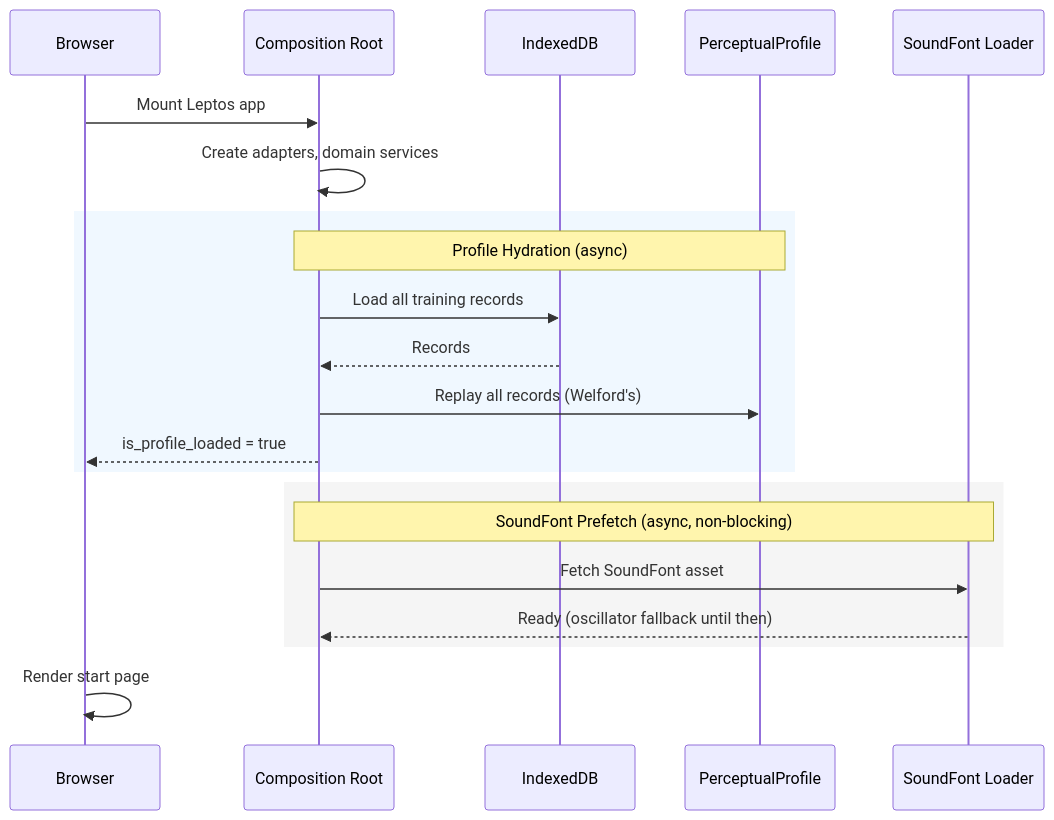
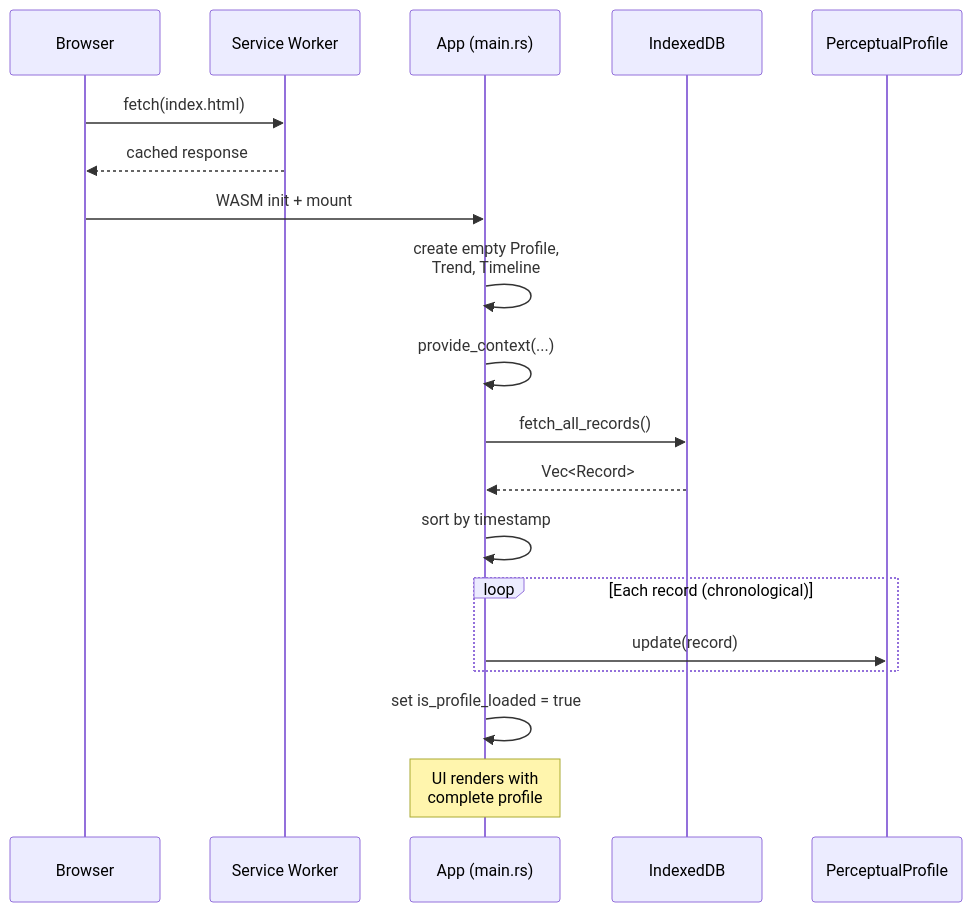
Before and after one commit to mschuerig/peach-web: the ninth of 10 diagrams in docs/arc42-architecture.md, drawn with Mermaid. The commit also changed other lines of this file, not shown here.

````diff
--- a/docs/arc42-architecture.md
+++ b/docs/arc42-architecture.md
@@ -278,27 +341,22 @@
 ```mermaid
 sequenceDiagram
-    participant Browser
-    participant Main as Composition Root
+    participant B as Browser
+    participant SW as Service Worker
+    participant A as App (main.rs)
     participant IDB as IndexedDB
-    participant Profile as PerceptualProfile
-    participant SF as SoundFont Loader
+    participant P as PerceptualProfile
 
-    Browser->>Main: Mount Leptos app
-    Main->>Main: Create adapters, domain services
-
-    rect rgb(240, 248, 255)
-        Note over Main,Profile: Profile Hydration (async)
-        Main->>IDB: Load all training records
-        IDB-->>Main: Records
-        Main->>Profile: Replay all records (Welford's)
-        Main-->>Browser: is_profile_loaded = true
+    B->>SW: fetch(index.html)
+    SW-->>B: cached response
+    B->>A: WASM init + mount
+    A->>A: create empty Profile,<br/>Trend, Timeline
+    A->>A: provide_context(...)
+    A->>IDB: fetch_all_records()
+    IDB-->>A: Vec<Record>
+    A->>A: sort by timestamp
+    loop Each record (chronological)
+        A->>P: update(record)
     end
-
-    rect rgb(245, 245, 245)
-        Note over Main,SF: SoundFont Prefetch (async, non-blocking)
-        Main->>SF: Fetch SoundFont asset
-        SF-->>Main: Ready (oscillator fallback until then)
-    end
-
-    Browser->>Browser: Render start page
+    A->>A: set is_profile_loaded = true
+    Note over A: UI renders with<br/>complete profile
 ```
````
